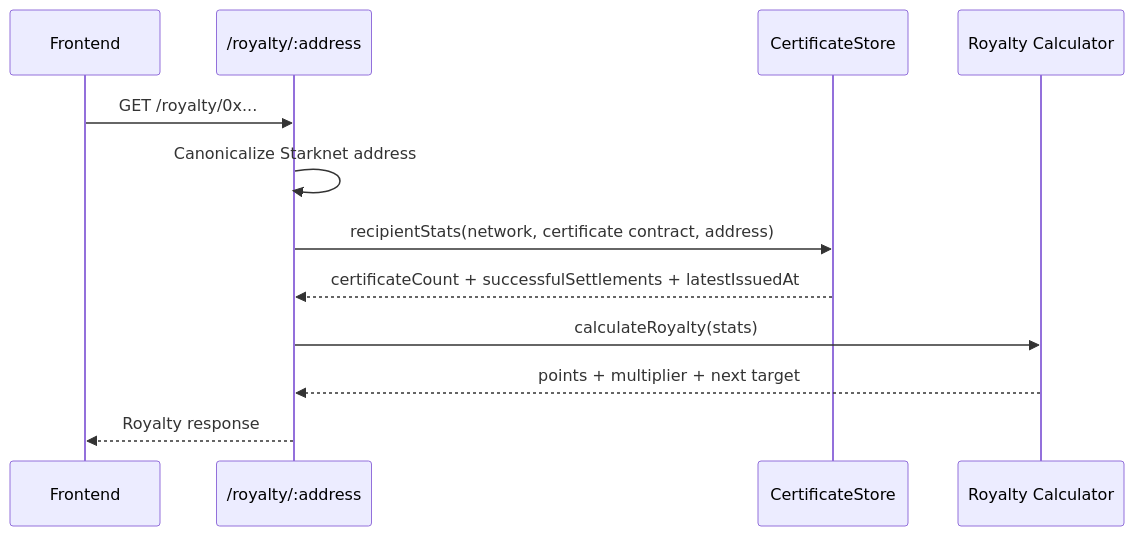
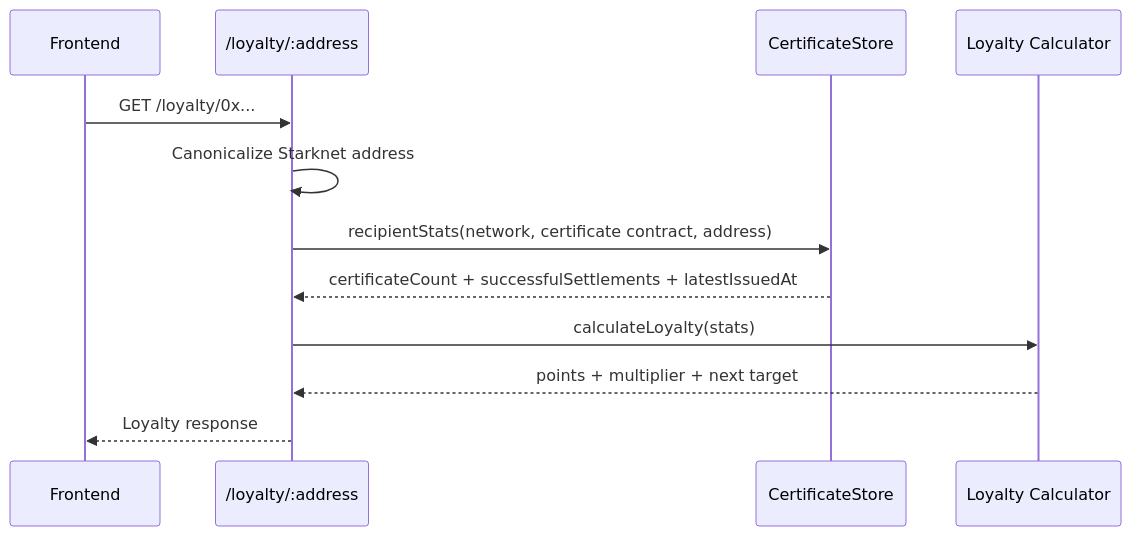
Before and after one commit to DXJLabs/vinss: diagram 11 of 21 in docs/technical/backend/backend-interaction-flow.md, drawn with Mermaid. The commit also changed other lines of this file and 14 other files, not shown here.

````diff
--- a/docs/technical/backend/backend-interaction-flow.md
+++ b/docs/technical/backend/backend-interaction-flow.md
@@ -945,15 +945,15 @@
 ```mermaid
 sequenceDiagram
     participant FE as Frontend
-    participant API as /royalty/:address
+    participant API as /loyalty/:address
     participant C as CertificateStore
-    participant S as Royalty Calculator
+    participant S as Loyalty Calculator
 
-    FE->>API: GET /royalty/0x...
+    FE->>API: GET /loyalty/0x...
     API->>API: Canonicalize Starknet address
     API->>C: recipientStats(network, certificate contract, address)
     C-->>API: certificateCount + successfulSettlements + latestIssuedAt
-    API->>S: calculateRoyalty(stats)
+    API->>S: calculateLoyalty(stats)
     S-->>API: points + multiplier + next target
-    API-->>FE: Royalty response
+    API-->>FE: Loyalty response
 ```
````
